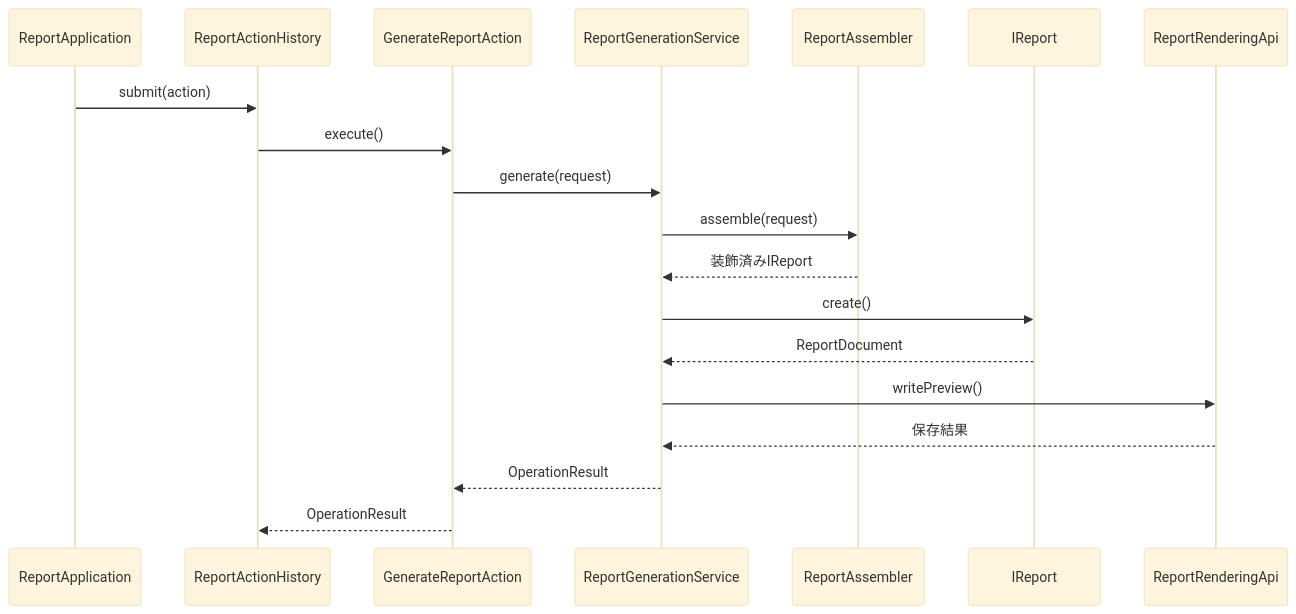
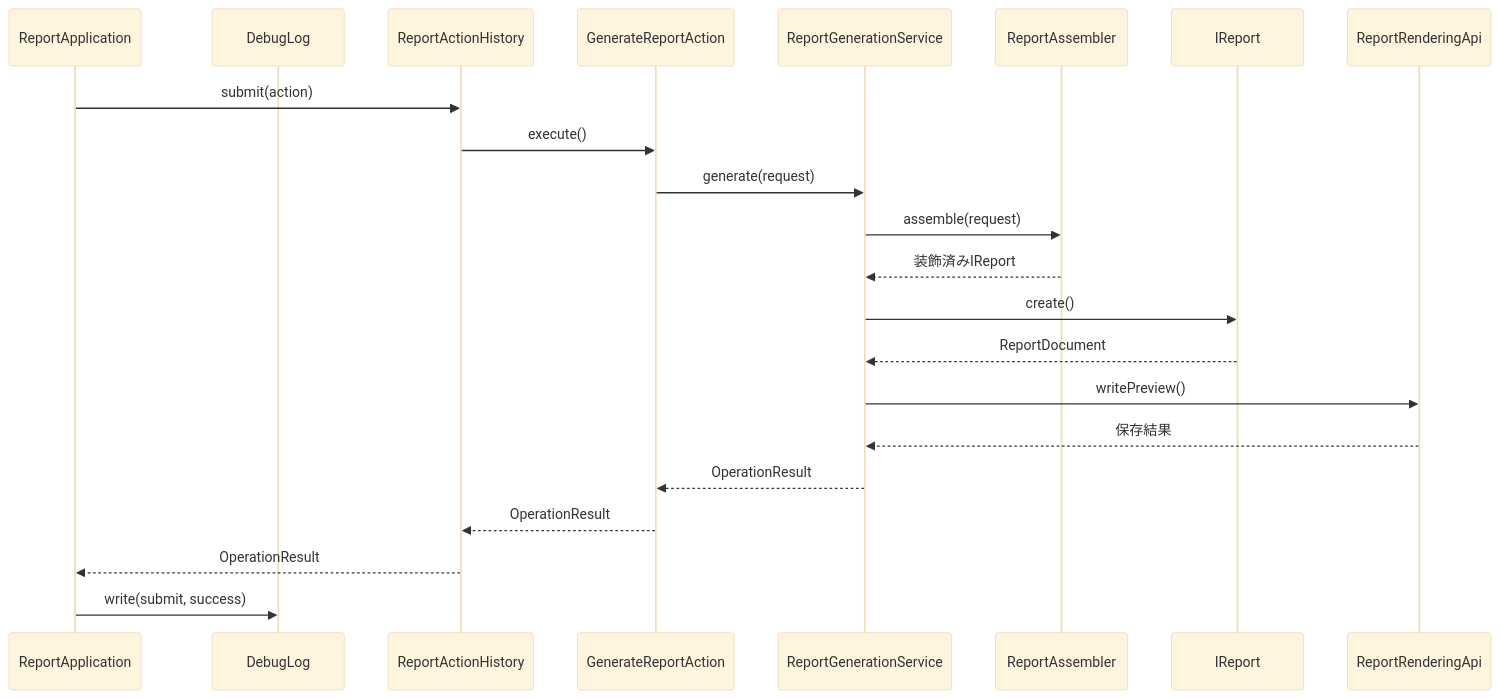
One commit to kumachan1101-pixel/DesignPattern changed the tenth of 15 diagrams in kindle/design-patterns/output/chapter11.md. Above: the diagram before and after it, drawn with Mermaid (base theme). The commit also changed other lines of this file and 7 other files, not shown here.

````diff
--- a/kindle/design-patterns/output/chapter11.md
+++ b/kindle/design-patterns/output/chapter11.md
@@ -1524,22 +1660,25 @@
 ```mermaid
 sequenceDiagram
     participant A as ReportApplication
+    participant L as DebugLog
     participant H as ReportActionHistory
     participant C as GenerateReportAction
     participant S as ReportGenerationService
     participant B as ReportAssembler
     participant R as IReport
     participant O as ReportRenderingApi
 
     A->>H: submit(action)
     H->>C: execute()
     C->>S: generate(request)
     S->>B: assemble(request)
     B-->>S: 装飾済みIReport
     S->>R: create()
     R-->>S: ReportDocument
     S->>O: writePreview()
     O-->>S: 保存結果
     S-->>C: OperationResult
     C-->>H: OperationResult
+    H-->>A: OperationResult
+    A->>L: write(submit, success)
 ```
````
